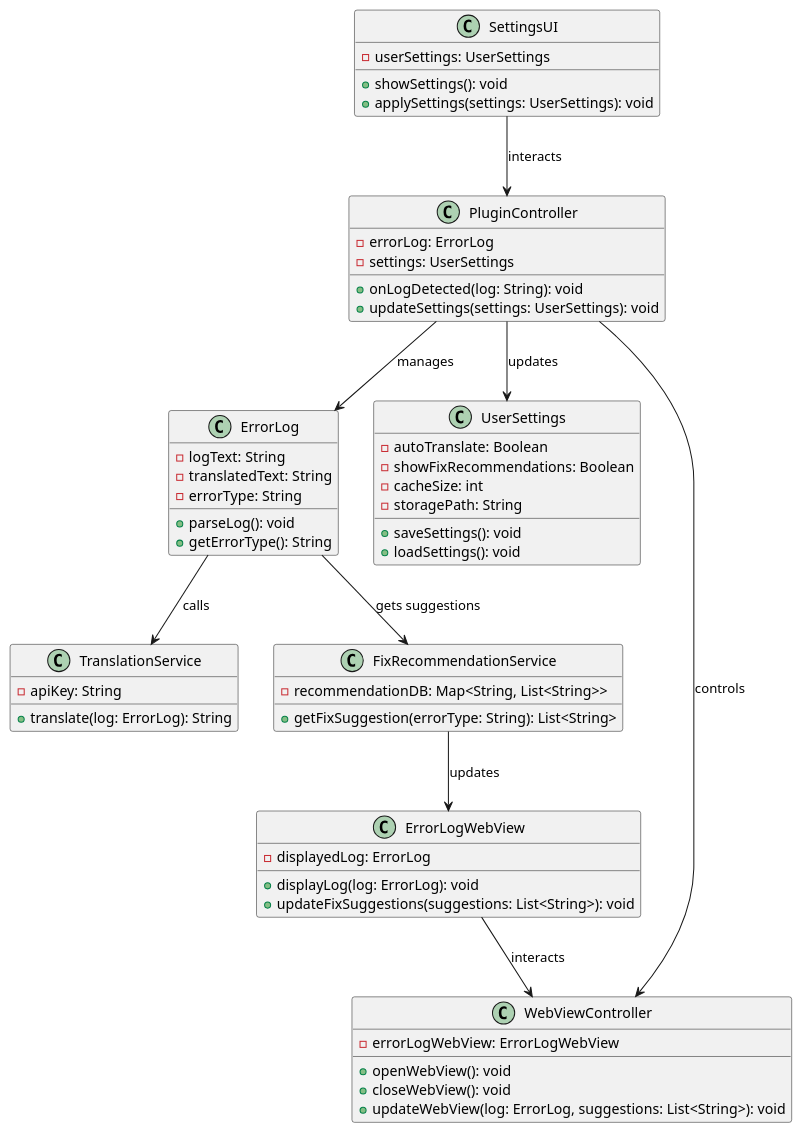
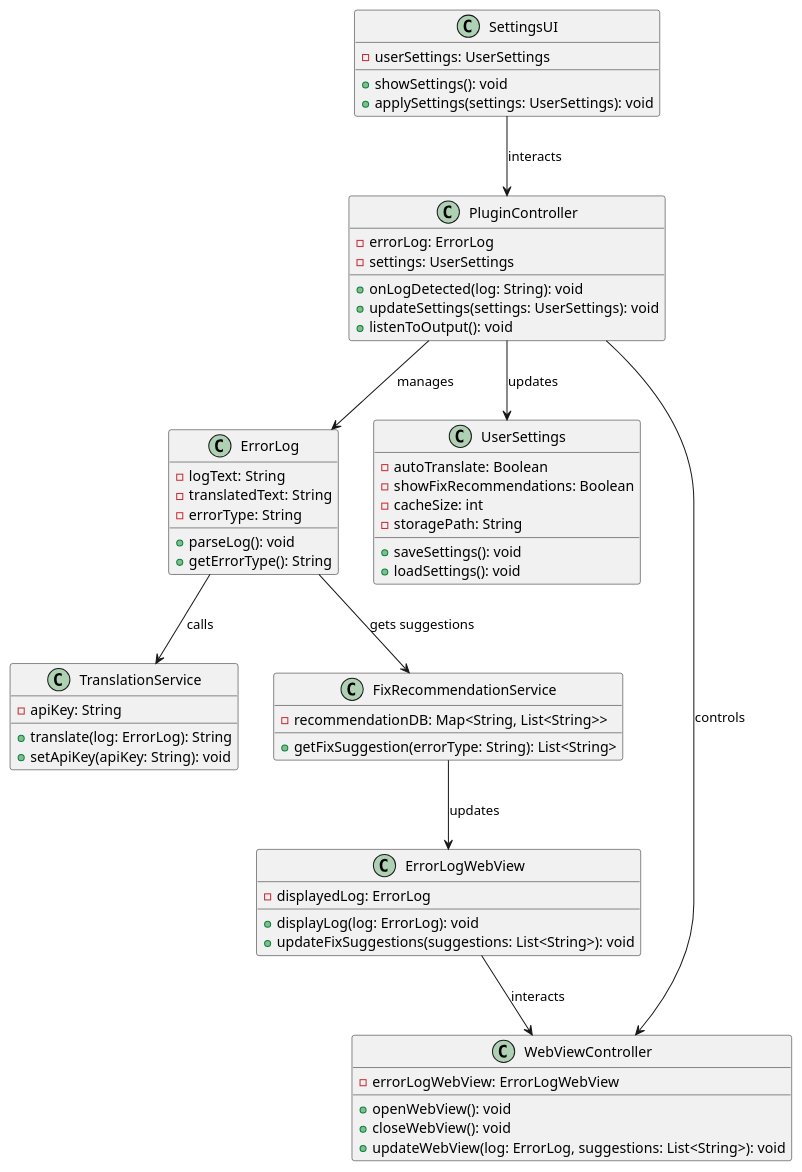
The first of 7 diagrams in design_document.md (SGloria/vscode-error-log-helper), drawn with PlantUML before and after one commit. The commit also changed other lines of this file and 8 other files, not shown here.

````diff
--- a/design_document.md
+++ b/design_document.md
@@ -7,67 +7,69 @@
 ```plantuml
 @startuml
 
 class ErrorLog {
     - logText: String
     - translatedText: String
     - errorType: String
     + parseLog(): void
     + getErrorType(): String
 }
 
 class TranslationService {
     - apiKey: String
     + translate(log: ErrorLog): String
+    + setApiKey(apiKey: String): void
 }
 
 class FixRecommendationService {
     - recommendationDB: Map<String, List<String>>
     + getFixSuggestion(errorType: String): List<String>
 }
 
 class UserSettings {
     - autoTranslate: Boolean
     - showFixRecommendations: Boolean
     - cacheSize: int
     - storagePath: String
     + saveSettings(): void
     + loadSettings(): void
 }
 
 class ErrorLogWebView {
     - displayedLog: ErrorLog
     + displayLog(log: ErrorLog): void
     + updateFixSuggestions(suggestions: List<String>): void
 }
 
 class SettingsUI {
     - userSettings: UserSettings
     + showSettings(): void
     + applySettings(settings: UserSettings): void
 }
 
 class PluginController {
     - errorLog: ErrorLog
     - settings: UserSettings
     + onLogDetected(log: String): void
     + updateSettings(settings: UserSettings): void
+    + listenToOutput(): void
 }
 
 class WebViewController {
     - errorLogWebView: ErrorLogWebView
     + openWebView(): void
     + closeWebView(): void
     + updateWebView(log: ErrorLog, suggestions: List<String>): void
 }
 
 ErrorLog --> TranslationService : calls
 ErrorLog --> FixRecommendationService : gets suggestions
 FixRecommendationService --> ErrorLogWebView : updates
 ErrorLogWebView --> WebViewController : interacts
 SettingsUI --> PluginController : interacts
 PluginController --> UserSettings : updates
 PluginController --> ErrorLog : manages
 PluginController --> WebViewController : controls
 
 @enduml
 ```
````
